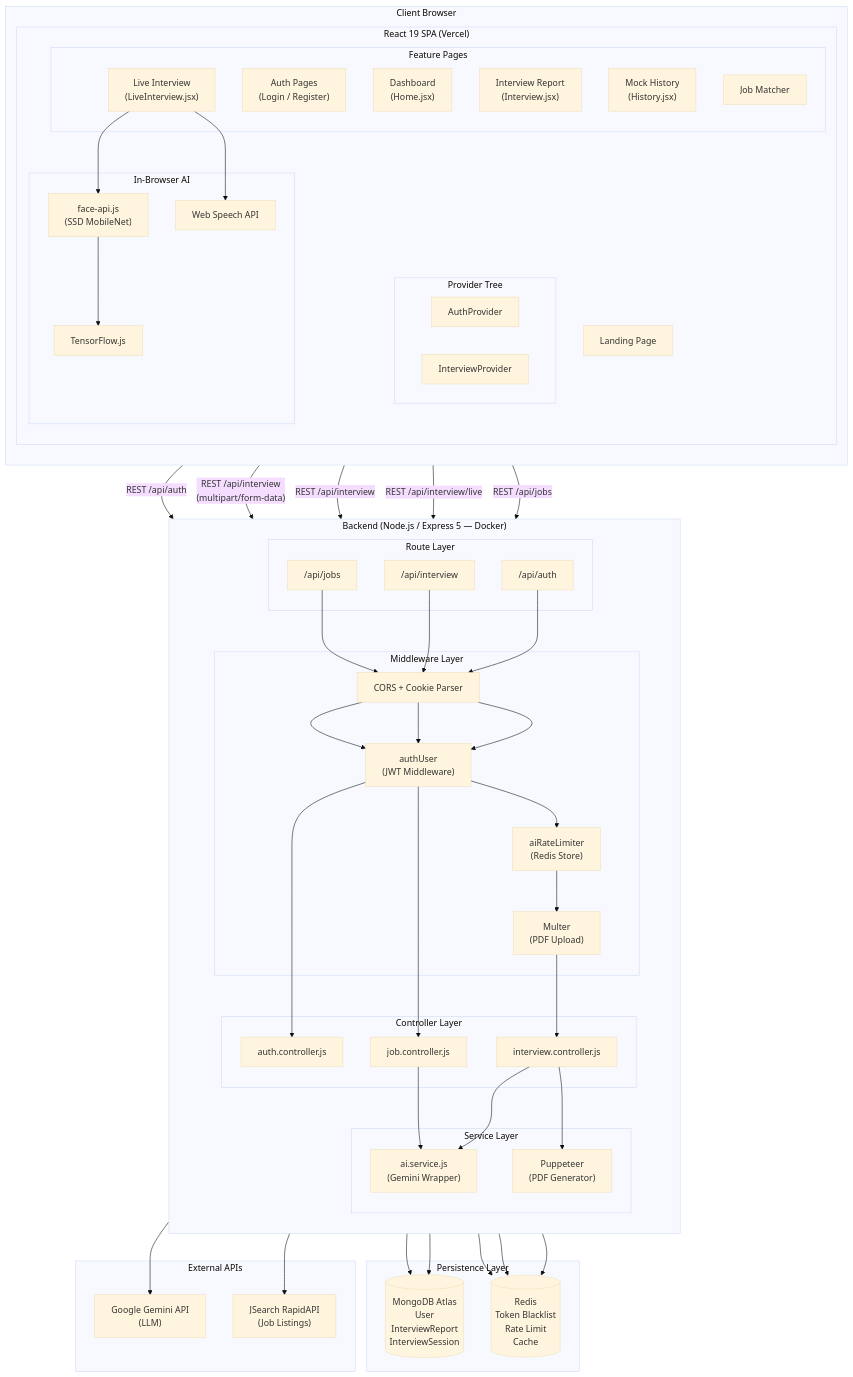
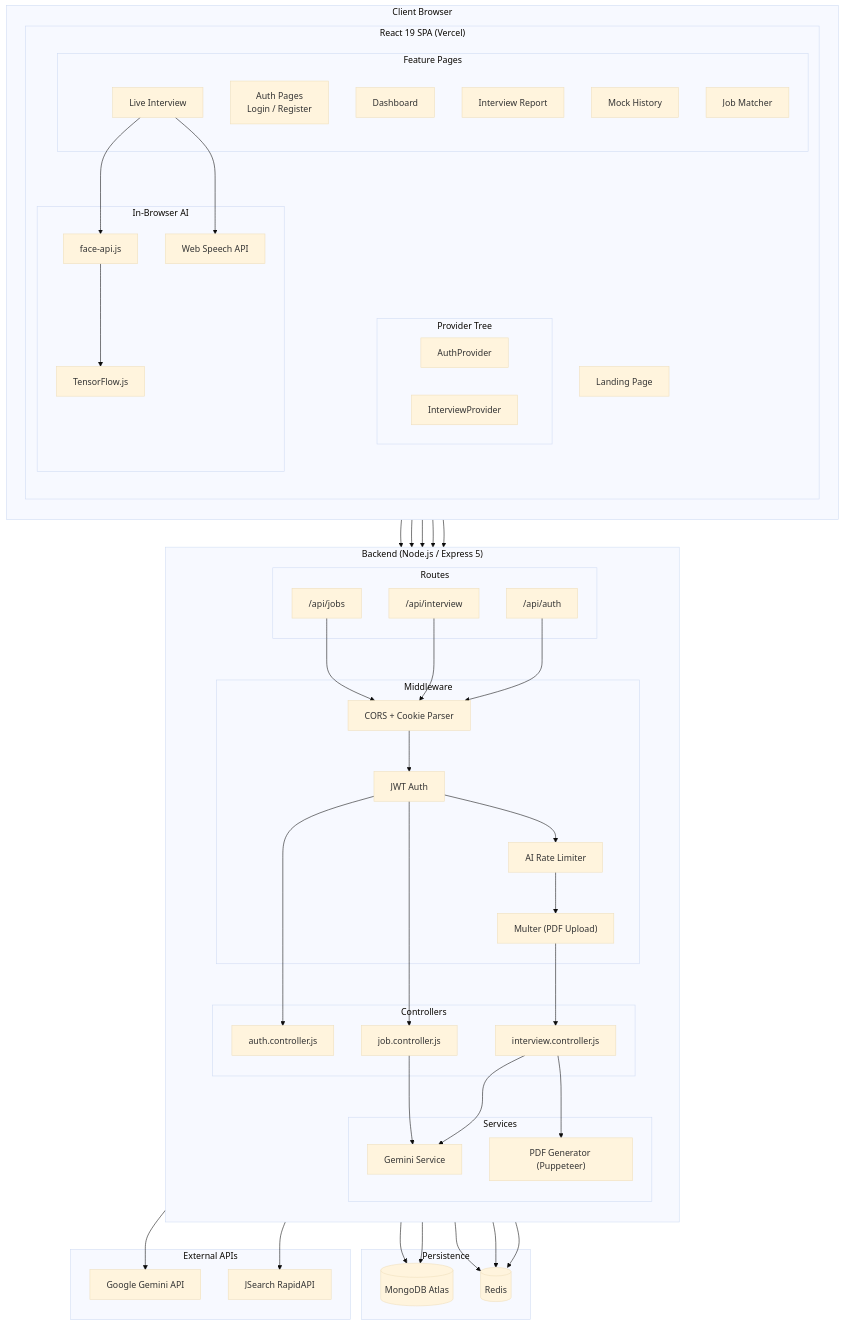
Before and after one commit to harshitzofficial/-HirePrep-AI: the first of 17 diagrams in README.md, drawn with Mermaid (base theme).

````diff
--- a/README.md
+++ b/README.md
@@ -194,98 +194,120 @@
 ```mermaid
 graph TB
-    subgraph "Client Browser"
-        direction TB
-        subgraph "React 19 SPA (Vercel)"
-            LP["Landing Page"]
-            subgraph "Provider Tree"
-                AP["AuthProvider"]
-                IP["InterviewProvider"]
-            end
-            subgraph "Feature Pages"
-                AUTH["Auth Pages\n(Login / Register)"]
-                DASH["Dashboard\n(Home.jsx)"]
-                RPT["Interview Report\n(Interview.jsx)"]
-                LIVE["Live Interview\n(LiveInterview.jsx)"]
-                HIST["Mock History\n(History.jsx)"]
-                JOBS["Job Matcher"]
-            end
-            subgraph "In-Browser AI"
-                FA["face-api.js\n(SSD MobileNet)"]
-                TF["TensorFlow.js"]
-                WSA["Web Speech API"]
-            end
-        end
-    end
 
-    subgraph "Backend (Node.js / Express 5 — Docker)"
-        direction TB
-        subgraph "Middleware Layer"
-            CORS["CORS + Cookie Parser"]
-            AUTH_MW["authUser\n(JWT Middleware)"]
-            RL["aiRateLimiter\n(Redis Store)"]
-            MUL["Multer\n(PDF Upload)"]
-        end
-        subgraph "Route Layer"
-            AR["/api/auth"]
-            IR["/api/interview"]
-            JR["/api/jobs"]
-        end
-        subgraph "Controller Layer"
-            AC["auth.controller.js"]
-            IC["interview.controller.js"]
-            JC["job.controller.js"]
-        end
-        subgraph "Service Layer"
-            AIS["ai.service.js\n(Gemini Wrapper)"]
-            PUP["Puppeteer\n(PDF Generator)"]
-        end
-    end
+%% ===================== FRONTEND =====================
+subgraph CLIENT["Client Browser"]
+direction TB
 
-    subgraph "Persistence Layer"
-        MDB[("MongoDB Atlas\nUser\nInterviewReport\nInterviewSession")]
-        RDS[("Redis\nToken Blacklist\nRate Limit\nCache")]
-    end
+subgraph REACT["React 19 SPA (Vercel)"]
+direction TB
 
-    subgraph "External APIs"
-        GEM["Google Gemini API\n(LLM)"]
-        JSR["JSearch RapidAPI\n(Job Listings)"]
-    end
+LP["Landing Page"]
 
-    %% Frontend → Backend
-    AUTH -- "REST /api/auth" --> AR
-    DASH -- "REST /api/interview\n(multipart/form-data)" --> IR
-    RPT -- "REST /api/interview" --> IR
-    LIVE -- "REST /api/interview/live" --> IR
-    JOBS -- "REST /api/jobs" --> JR
+subgraph PROVIDERS["Provider Tree"]
+AP["AuthProvider"]
+IP["InterviewProvider"]
+end
 
-    %% In-browser AI wiring
-    LIVE --> FA
-    FA --> TF
-    LIVE --> WSA
+subgraph PAGES["Feature Pages"]
+AUTH["Auth Pages<br/>Login / Register"]
+DASH["Dashboard"]
+LIVE["Live Interview"]
+RPT["Interview Report"]
+HIST["Mock History"]
+JOBS["Job Matcher"]
+end
 
-    %% Middleware chain
-    AR --> CORS --> AUTH_MW
-    IR --> CORS --> AUTH_MW --> RL --> MUL
-    JR --> CORS --> AUTH_MW
+subgraph AI["In-Browser AI"]
+FA["face-api.js"]
+TF["TensorFlow.js"]
+WSA["Web Speech API"]
+end
 
-    %% Controllers
-    AUTH_MW --> AC
-    MUL --> IC
-    AUTH_MW --> JC
+end
+end
 
-    %% Services
-    IC --> AIS
-    IC --> PUP
-    JC --> AIS
+%% ===================== BACKEND =====================
+subgraph BACKEND["Backend (Node.js / Express 5)"]
+direction TB
 
-    %% External calls
-    AIS --> GEM
-    JC --> JSR
+subgraph ROUTES["Routes"]
+AR["/api/auth"]
+IR["/api/interview"]
+JR["/api/jobs"]
+end
 
-    %% Persistence
-    AC --> MDB
-    AC --> RDS
-    IC --> MDB
-    AUTH_MW --> RDS
-    RL --> RDS
+subgraph MIDDLEWARE["Middleware"]
+CORS["CORS + Cookie Parser"]
+AUTHMW["JWT Auth"]
+RL["AI Rate Limiter"]
+MUL["Multer (PDF Upload)"]
+end
+
+subgraph CONTROLLERS["Controllers"]
+AC["auth.controller.js"]
+IC["interview.controller.js"]
+JC["job.controller.js"]
+end
+
+subgraph SERVICES["Services"]
+AIS["Gemini Service"]
+PUP["PDF Generator (Puppeteer)"]
+end
+
+end
+
+%% ===================== STORAGE =====================
+subgraph DATA["Persistence"]
+MDB[("MongoDB Atlas")]
+RDS[("Redis")]
+end
+
+%% ===================== EXTERNAL =====================
+subgraph EXT["External APIs"]
+GEM["Google Gemini API"]
+JSR["JSearch RapidAPI"]
+end
+
+%% ===================== FRONTEND -> BACKEND =====================
+AUTH --> AR
+DASH --> IR
+LIVE --> IR
+RPT --> IR
+JOBS --> JR
+
+%% ===================== Browser AI =====================
+LIVE --> FA
+FA --> TF
+LIVE --> WSA
+
+%% ===================== AUTH ROUTE =====================
+AR --> CORS
+CORS --> AUTHMW
+AUTHMW --> AC
+
+%% ===================== INTERVIEW ROUTE =====================
+IR --> CORS
+AUTHMW --> RL
+RL --> MUL
+MUL --> IC
+
+%% ===================== JOB ROUTE =====================
+JR --> CORS
+AUTHMW --> JC
+
+%% ===================== SERVICES =====================
+IC --> AIS
+IC --> PUP
+JC --> AIS
+
+%% ===================== DATABASE =====================
+AC --> MDB
+AC --> RDS
+IC --> MDB
+AUTHMW --> RDS
+RL --> RDS
+
+%% ===================== EXTERNAL CALLS =====================
+AIS --> GEM
+JC --> JSR
 ```
````
